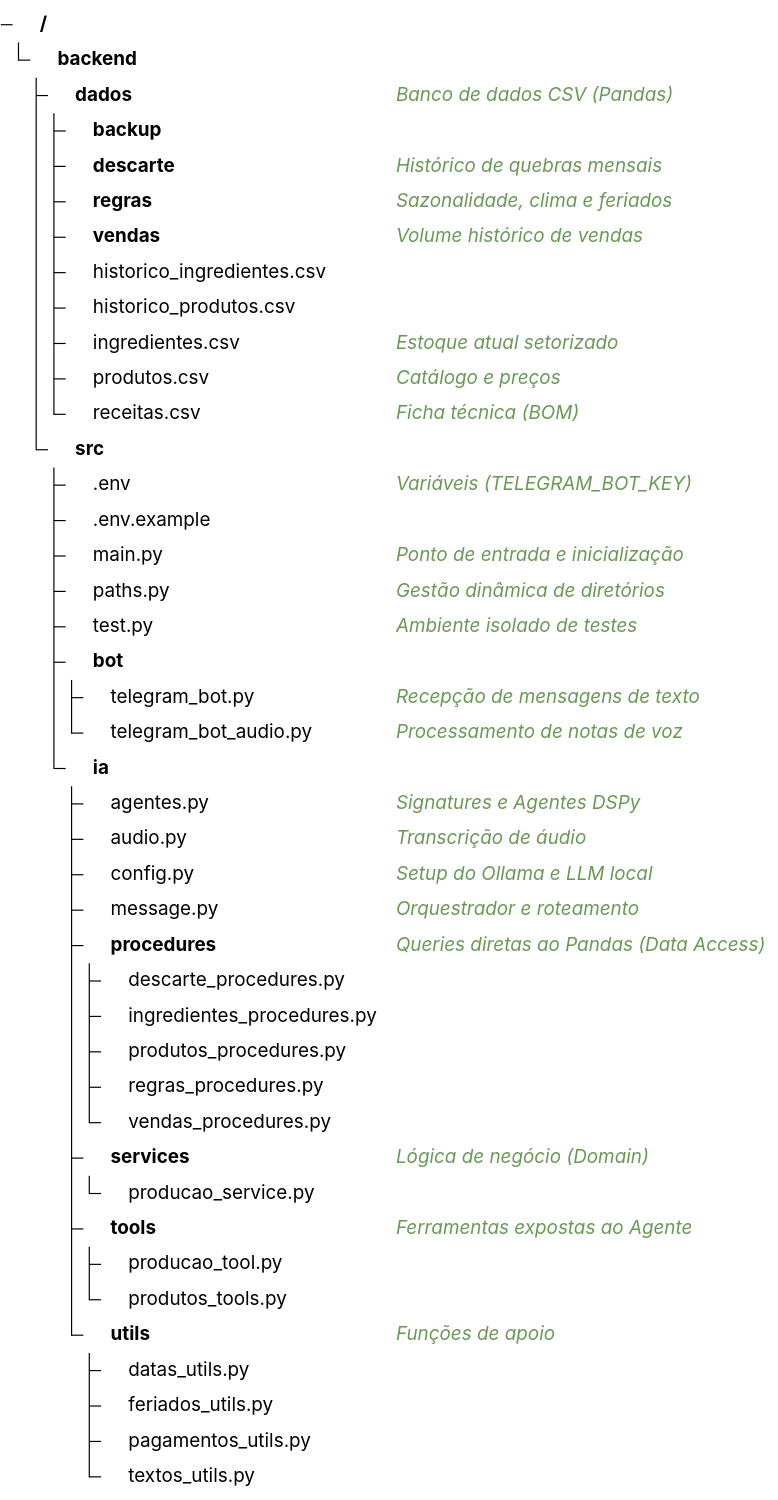
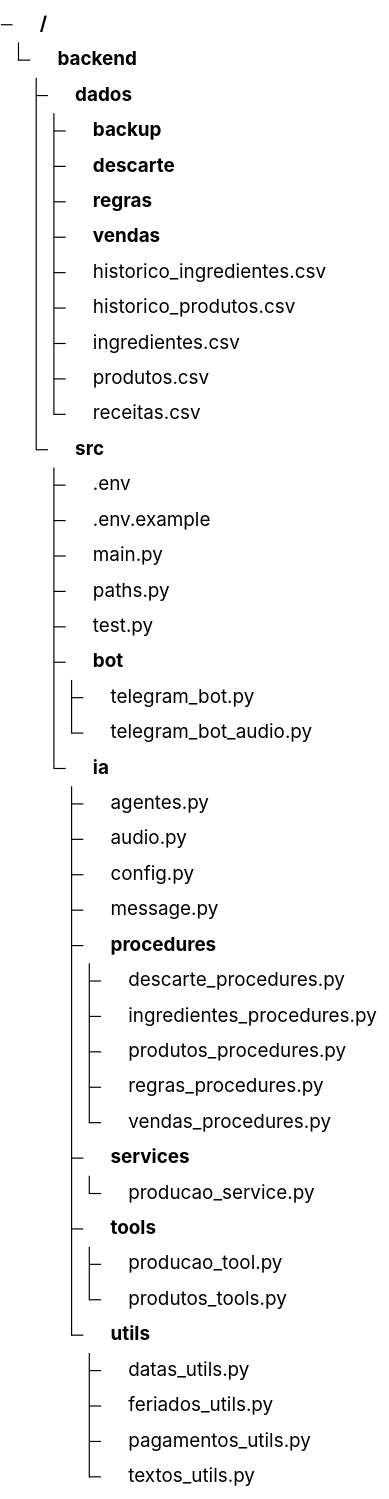
One commit to mvlsouza/api-1-semestre-2026-test changed the second of 4 diagrams in docs/cliente/tecnico/Arquitetura.md. Above: the diagram before and after it, drawn with Mermaid. The commit also changed other lines of this file, not shown here.

````diff
--- a/docs/cliente/tecnico/Arquitetura.md
+++ b/docs/cliente/tecnico/Arquitetura.md
@@ -89,61 +111,63 @@
 ```mermaid
 ---
 config:
   treeView:
     showIcons: true
-    defaultIconPack: material-icon-theme
+    defaultIconPack: vscode-icons
+    folderIcon: default-folder
+    extensionIcons:
+      .csv: file-type-excel
+      .py: file-type-python
+      .md: file-type-markdown
     filenameIcons:
-      Dockerfile: docker
-    extensionIcons:
-      .csv: excel
-      .py: python
-      .txt: none
+      .env: file-type-env
+      .env.example: file-type-env
 themeVariables:
   treeView:
-    labelFontSize: '18px'
+    labelFontSize: '15px'
     labelColor: '#1565c0'
-    lineColor: '#90cAf9'
+    lineColor: '#90caf9'
 ---
 treeView-beta
 backend/
-├── dados/                              ## Banco de dados CSV (Pandas)
+├── dados/
 │   ├── backup/
-│   ├── descarte/                       ## Histórico de quebras mensais
-│   ├── regras/                         ## Sazonalidade, clima e feriados
-│   ├── vendas/                         ## Volume histórico de vendas
+│   ├── descarte/
+│   ├── regras/
+│   ├── vendas/
 │   ├── historico_ingredientes.csv
 │   ├── historico_produtos.csv
-│   ├── ingredientes.csv                ## Estoque atual setorizado
-│   ├── produtos.csv                    ## Catálogo e preços
-│   └── receitas.csv                    ## Ficha técnica (BOM)
+│   ├── ingredientes.csv
+│   ├── produtos.csv
+│   └── receitas.csv
 └── src/
-    ├── .env                            ## Variáveis (TELEGRAM_BOT_KEY)
+    ├── .env
     ├── .env.example
-    ├── main.py                         ## Ponto de entrada e inicialização
-    ├── paths.py                        ## Gestão dinâmica de diretórios
-    ├── test.py                         ## Ambiente isolado de testes
+    ├── main.py
+    ├── paths.py
+    ├── test.py
     ├── bot/
-    │   ├── telegram_bot.py             ## Recepção de mensagens de texto
-    │   └── telegram_bot_audio.py       ## Processamento de notas de voz
+    │   ├── telegram_bot.py
+    │   └── telegram_bot_audio.py
     └── ia/
-        ├── agentes.py                  ## Signatures e Agentes DSPy
-        ├── audio.py                    ## Transcrição de áudio
-        ├── config.py                   ## Setup do Ollama e LLM local
-        ├── message.py                  ## Orquestrador e roteamento
-        ├── procedures/                 ## Queries diretas ao Pandas (Data Access)
+        ├── agentes.py
+        ├── audio.py
+        ├── config.py
+        ├── message.py
+        ├── procedures/
         │   ├── descarte_procedures.py
         │   ├── ingredientes_procedures.py
         │   ├── produtos_procedures.py
         │   ├── regras_procedures.py
         │   └── vendas_procedures.py
-        ├── services/                   ## Lógica de negócio (Domain)
+        ├── services/
         │   └── producao_service.py
-        ├── tools/                      ## Ferramentas expostas ao Agente
+        ├── tools/
         │   ├── producao_tool.py
         │   └── produtos_tools.py
-        └── utils/                      ## Funções de apoio
+        └── utils/
             ├── datas_utils.py
             ├── feriados_utils.py
             ├── pagamentos_utils.py
             └── textos_utils.py
 ```
````
